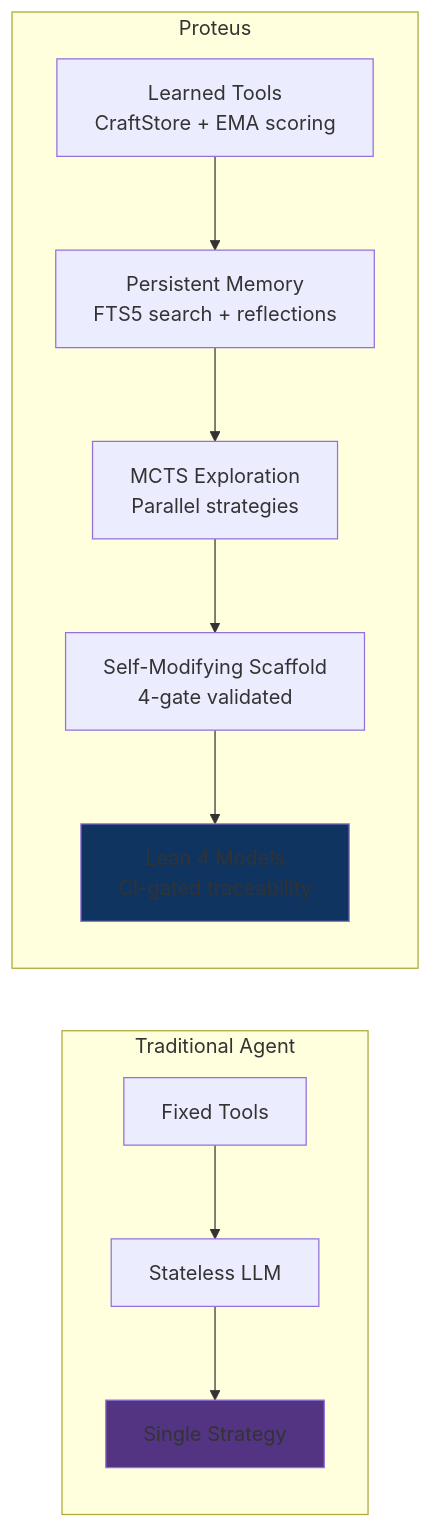
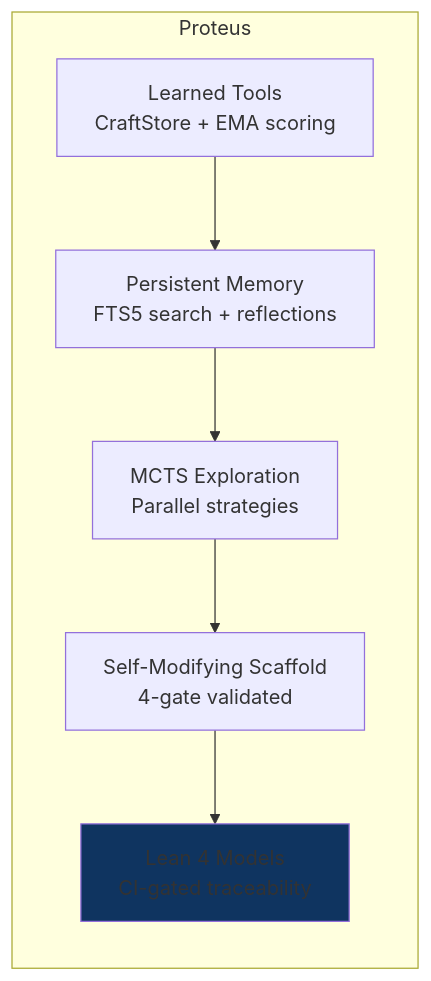
Before and after one commit to AshishKumar4/Proteus: the first of 4 diagrams in docs/APPLICATIONS.md, drawn with Mermaid. The commit also changed other lines of this file and 13 other files, not shown here.

````diff
--- a/docs/APPLICATIONS.md
+++ b/docs/APPLICATIONS.md
@@ -15,17 +15,11 @@
 ```mermaid
 graph LR
-    subgraph "Traditional Agent"
-        A1[Fixed Tools] --> A2[Stateless LLM]
-        A2 --> A3[Single Strategy]
-    end
-
     subgraph "Proteus"
         B1[Learned Tools<br/>CraftStore + EMA scoring] --> B2[Persistent Memory<br/>FTS5 search + reflections]
         B2 --> B3[MCTS Exploration<br/>Parallel strategies]
         B3 --> B4[Self-Modifying Scaffold<br/>4-gate validated]
         B4 --> B5[Lean 4 Models<br/>CI-gated traceability]
     end
 
-    style A3 fill:#533483
     style B5 fill:#0f3460
 ```
````
